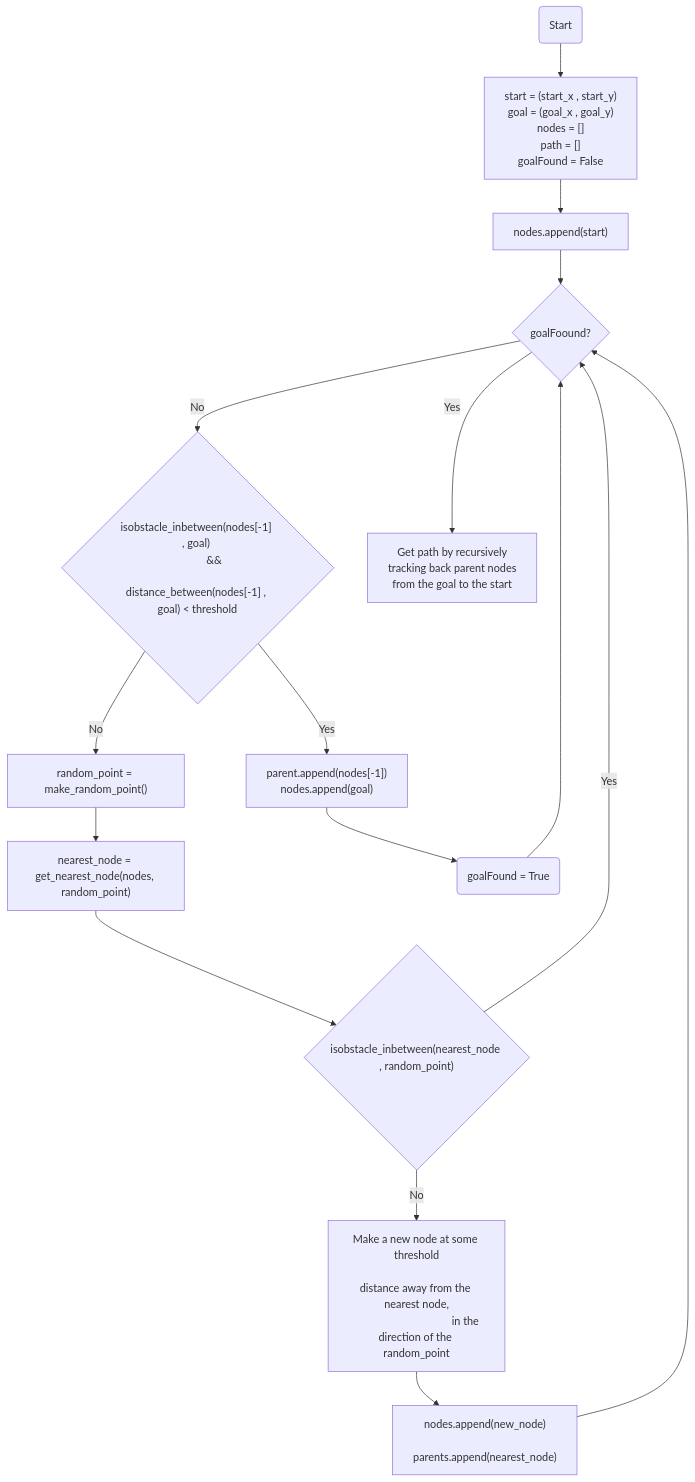
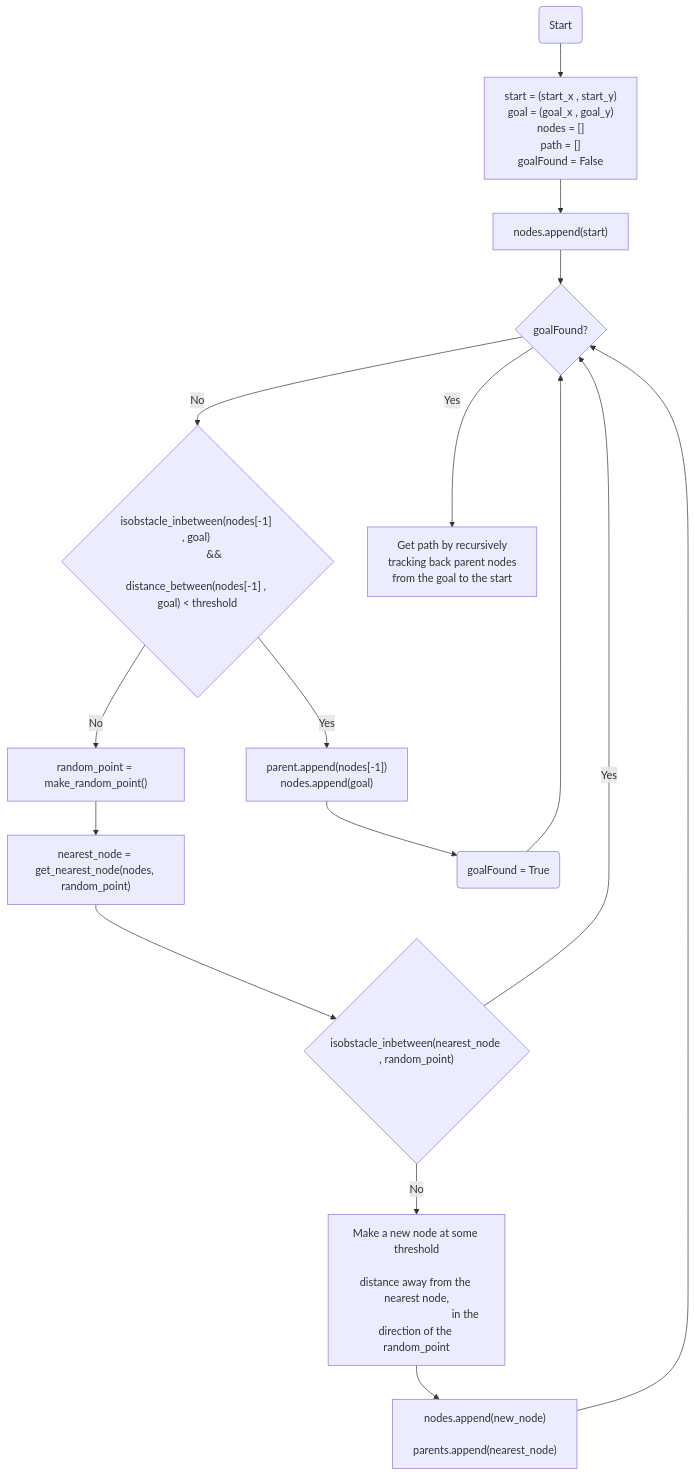
Before and after one commit to imalhotra15/RRT: the diagram in README.md, drawn with Mermaid. The commit also changed other lines of this file, not shown here.

````diff
--- a/README.md
+++ b/README.md
@@ -13,33 +49,33 @@
 ```mermaid
 flowchart TD;
     Start(Start) --> Init["start = (start_x , start_y)
                 goal = (goal_x , goal_y)
                 nodes = []
                 path = []
                 goalFound = False"];
     Init --> C["nodes.append(start)"] ;
-    C --> loop_start{goalFoound?}
+    C --> loop_start{goalFound?}
     loop_start --No --> First_check{"isobstacle_inbetween(nodes[-1] , goal) 
             &&
             distance_between(nodes[-1] , goal) < threshold"} ;
     First_check -- No --> random_point["random_point = make_random_point()"]
     random_point --> nearest_node["nearest_node = get_nearest_node(nodes, random_point)"]
     nearest_node --> Second_check{"isobstacle_inbetween(nearest_node , random_point)"} ;
     Second_check -- No --> add_node["Make a new node at some threshold
                                     distance away from the nearest node,
                                     in the direction of the random_point"] ;
     add_node --> update["nodes.append(new_node)
                         parents.append(nearest_node)"]
     update --> loop_start
     Second_check -- Yes --> loop_start
     First_check -- Yes -->  update2["parent.append(nodes[-1])
                                     nodes.append(goal)"]
     update2 --> goal("goalFound = True")
     goal --> loop_start
     loop_start -- Yes --> path["Get path by recursively
                                 tracking back parent nodes
                                 from the goal to the start"]
 
 
 
 ```
````
